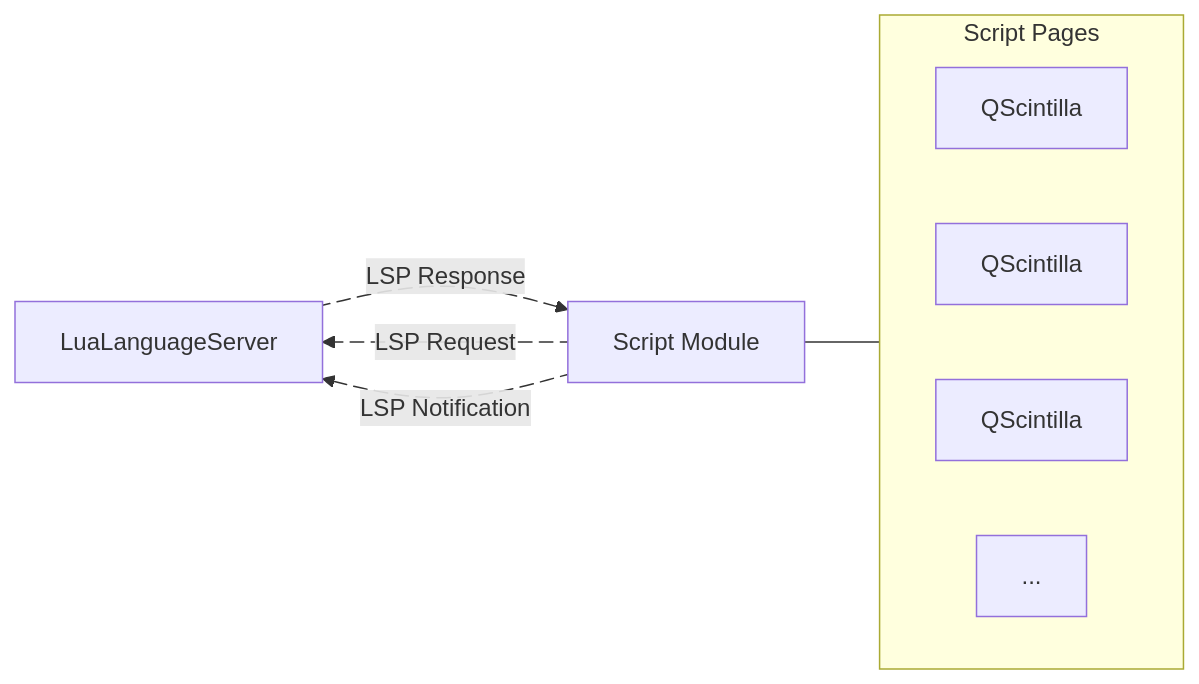
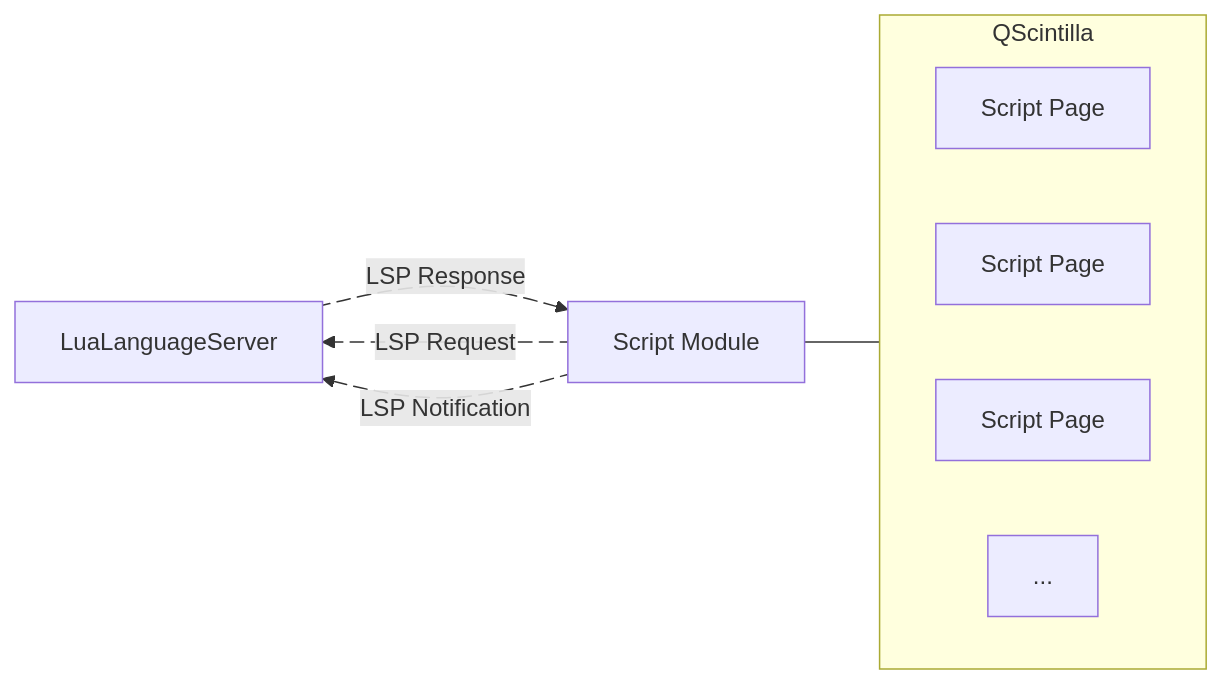
One commit to zyt20001205/UniComm2 changed the second of 2 diagrams in readme.md. Above: the diagram before and after it, drawn with Mermaid.

Commit message:
final testing: readme update

````diff
--- a/readme.md
+++ b/readme.md
@@ -135,19 +135,19 @@
 ```mermaid
 flowchart LR
     luaLanguageServer[LuaLanguageServer]
     scriptModule[Script Module]
-    subgraph scriptPages[Script Pages]
+    subgraph qScintilla[QScintilla]
         direction LR
-        qScintilla1[QScintilla]
-        qScintilla2[QScintilla]
-        qScintilla3[QScintilla]
-        qScintilla4[...]
+        scriptPage1[Script Page]
+        scriptPage2[Script Page]
+        scriptPage3[Script Page]
+        scriptPage4[...]
     end
     luaLanguageServer e1@ -->|LSP Response| scriptModule
     scriptModule e2@ -->|LSP Request| luaLanguageServer
     scriptModule e3@ -->|LSP Notification| luaLanguageServer
-    scriptModule --- scriptPages
+    scriptModule --- qScintilla
     e1@{animate: true}
     e2@{animate: true}
     e3@{animate: true}
 ```
````
